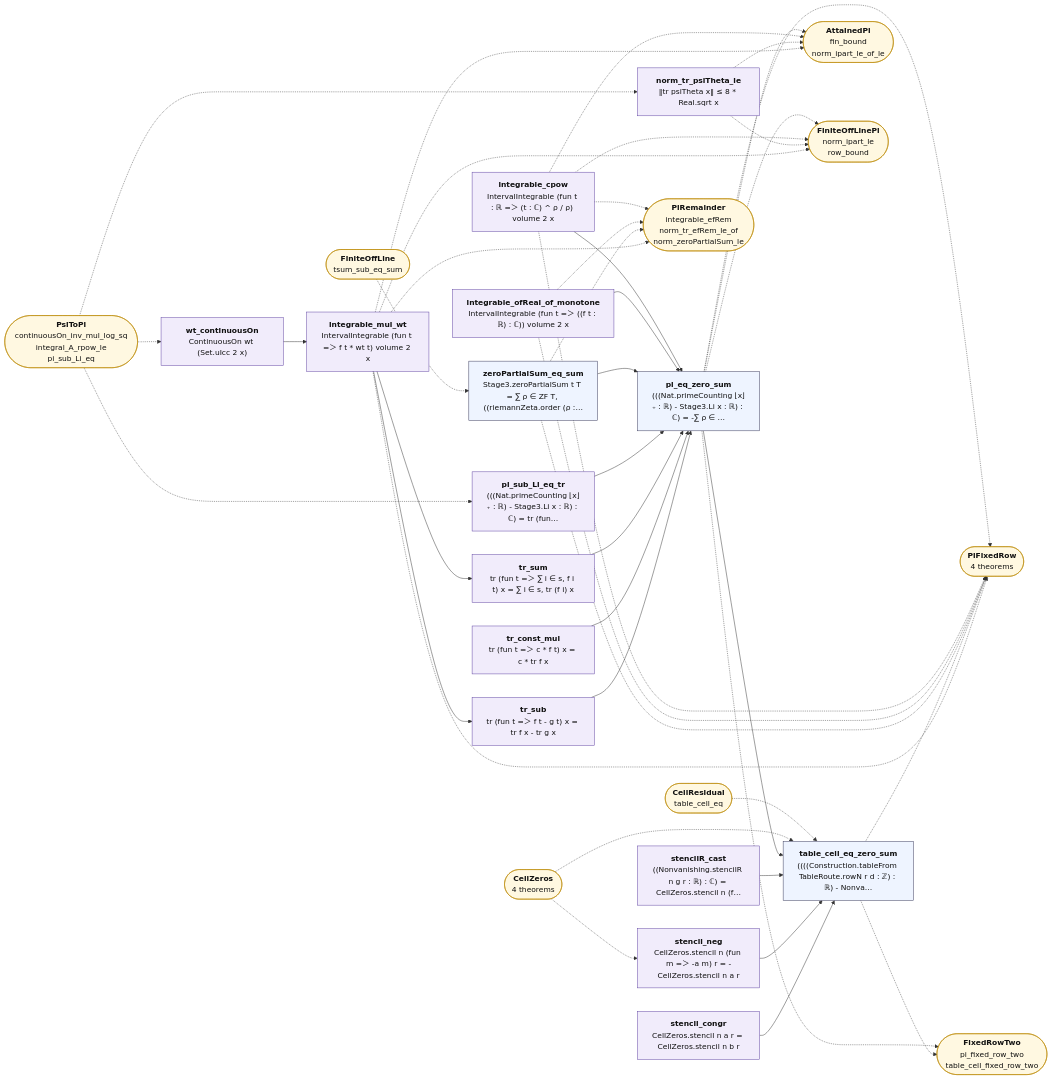
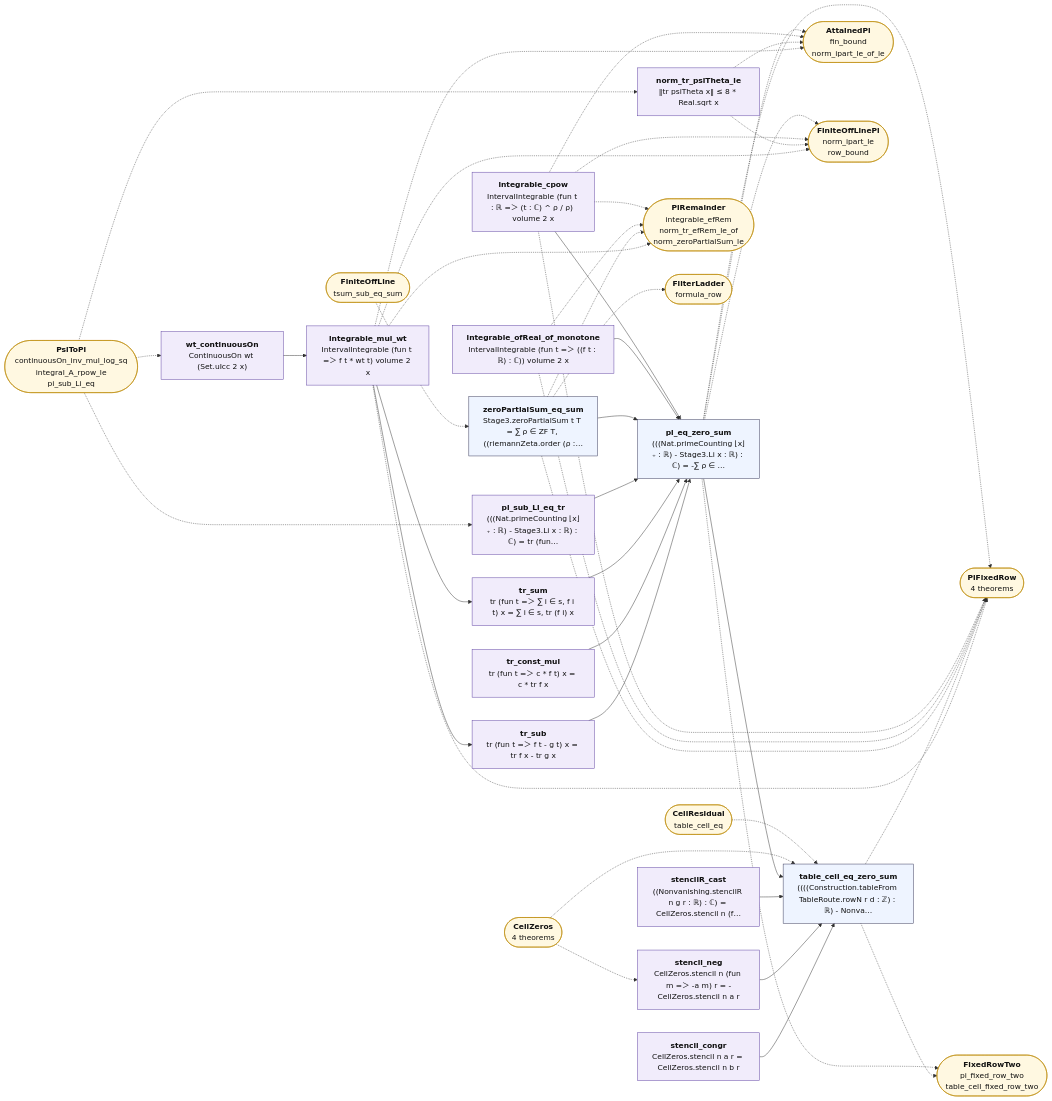
Before and after one commit to juliansambranojr/Primebeat_081426: the diagram in map/lean_stage3/PiZeros.mmd, drawn with Mermaid. The commit also changed 35 other files, not shown here.

```diff
--- a/map/lean_stage3/PiZeros.mmd
+++ b/map/lean_stage3/PiZeros.mmd
@@ -1,74 +1,76 @@
 flowchart LR
   n0["<b>wt_continuousOn</b><br/>ContinuousOn wt (Set.uIcc 2 x)"]:::shp
   n1["<b>integrable_mul_wt</b><br/>IntervalIntegrable (fun t =＞ f t * wt t) volume 2 x"]:::shp
   n2["<b>tr_sub</b><br/>tr (fun t =＞ f t - g t) x = tr f x - tr g x"]:::shp
   n3["<b>tr_const_mul</b><br/>tr (fun t =＞ c * f t) x = c * tr f x"]:::shp
   n4["<b>tr_sum</b><br/>tr (fun t =＞ ∑ i ∈ s, f i t) x = ∑ i ∈ s, tr (f i) x"]:::shp
   n5["<b>pi_sub_Li_eq_tr</b><br/>(((Nat.primeCounting ⌊x⌋₊ : ℝ) - Stage3.Li x : ℝ) : ℂ) = tr (fun…"]:::shp
   n6["<b>zeroPartialSum_eq_sum</b><br/>Stage3.zeroPartialSum t T = ∑ ρ ∈ ZF T, ((riemannZeta.order (ρ :…"]:::thm
   n7["<b>integrable_ofReal_of_monotone</b><br/>IntervalIntegrable (fun t =＞ ((f t : ℝ) : ℂ)) volume 2 x"]:::shp
   n8["<b>integrable_cpow</b><br/>IntervalIntegrable (fun t : ℝ =＞ (t : ℂ) ^ ρ / ρ) volume 2 x"]:::shp
   n9["<b>pi_eq_zero_sum</b><br/>(((Nat.primeCounting ⌊x⌋₊ : ℝ) - Stage3.Li x : ℝ) : ℂ) = -∑ ρ ∈ …"]:::thm
   n10["<b>norm_tr_psiTheta_le</b><br/>‖tr psiTheta x‖ ≤ 8 * Real.sqrt x"]:::shp
   n11["<b>stencil_congr</b><br/>CellZeros.stencil n a r = CellZeros.stencil n b r"]:::shp
   n12["<b>stencil_neg</b><br/>CellZeros.stencil n (fun m =＞ -a m) r = -CellZeros.stencil n a r"]:::shp
   n13["<b>stencilR_cast</b><br/>((Nonvanishing.stencilR n g r : ℝ) : ℂ) = CellZeros.stencil n (f…"]:::shp
   n14["<b>table_cell_eq_zero_sum</b><br/>((((Construction.tableFrom TableRoute.rowN r d : ℤ) : ℝ) - Nonva…"]:::thm
   x0(["<b>PsiToPi</b><br/>continuousOn_inv_mul_log_sq<br/>integral_A_rpow_le<br/>pi_sub_Li_eq"]):::ext
   x1(["<b>AttainedPi</b><br/>fin_bound<br/>norm_ipart_le_of_le"]):::ext
   x2(["<b>FiniteOffLinePi</b><br/>norm_ipart_le<br/>row_bound"]):::ext
   x3(["<b>PiFixedRow</b><br/>4 theorems"]):::ext
   x4(["<b>PiRemainder</b><br/>integrable_efRem<br/>norm_tr_efRem_le_of<br/>norm_zeroPartialSum_le"]):::ext
   x5(["<b>FiniteOffLine</b><br/>tsum_sub_eq_sum"]):::ext
-  x6(["<b>FixedRowTwo</b><br/>pi_fixed_row_two<br/>table_cell_fixed_row_two"]):::ext
-  x7(["<b>CellZeros</b><br/>4 theorems"]):::ext
-  x8(["<b>CellResidual</b><br/>table_cell_eq"]):::ext
+  x6(["<b>FilterLadder</b><br/>formula_row"]):::ext
+  x7(["<b>FixedRowTwo</b><br/>pi_fixed_row_two<br/>table_cell_fixed_row_two"]):::ext
+  x8(["<b>CellZeros</b><br/>4 theorems"]):::ext
+  x9(["<b>CellResidual</b><br/>table_cell_eq"]):::ext
   n0 --> n1
   n1 --> n2
   n1 --> n4
   n11 --> n14
   n12 --> n14
   n13 --> n14
   n2 --> n9
   n3 --> n9
   n4 --> n9
   n5 --> n9
   n6 --> n9
   n7 --> n9
   n8 --> n9
   n9 --> n14
   n1 -.-> x1
   n1 -.-> x2
   n1 -.-> x3
   n1 -.-> x4
   n10 -.-> x1
   n10 -.-> x2
   n14 -.-> x3
-  n14 -.-> x6
+  n14 -.-> x7
   n6 -.-> x3
   n6 -.-> x4
+  n6 -.-> x6
   n7 -.-> x3
   n7 -.-> x4
   n8 -.-> x1
   n8 -.-> x2
   n8 -.-> x3
   n8 -.-> x4
   n9 -.-> x1
   n9 -.-> x2
   n9 -.-> x3
-  n9 -.-> x6
+  n9 -.-> x7
   x0 -.-> n0
   x0 -.-> n10
   x0 -.-> n5
   x5 -.-> n6
-  x7 -.-> n12
-  x7 -.-> n14
+  x8 -.-> n12
   x8 -.-> n14
+  x9 -.-> n14
   classDef cnt fill:#dff5ec,stroke:#17694a,color:#111
   classDef shp fill:#f1ecfb,stroke:#5b3fa0,color:#111
   classDef rh fill:#ffe5e5,stroke:#c22,color:#111,stroke-width:2px
   classDef thm fill:#eef4ff,stroke:#335,color:#111
   classDef end_ fill:#e7f7e7,stroke:#2a7,color:#111,stroke-width:2px
   classDef lone fill:#fff,stroke:#999,color:#111,stroke-dasharray:4 3
   classDef bad fill:#ffe5e5,stroke:#c22,color:#111,stroke-width:2px
   classDef ext fill:#fff8e1,stroke:#b80,color:#111
```
